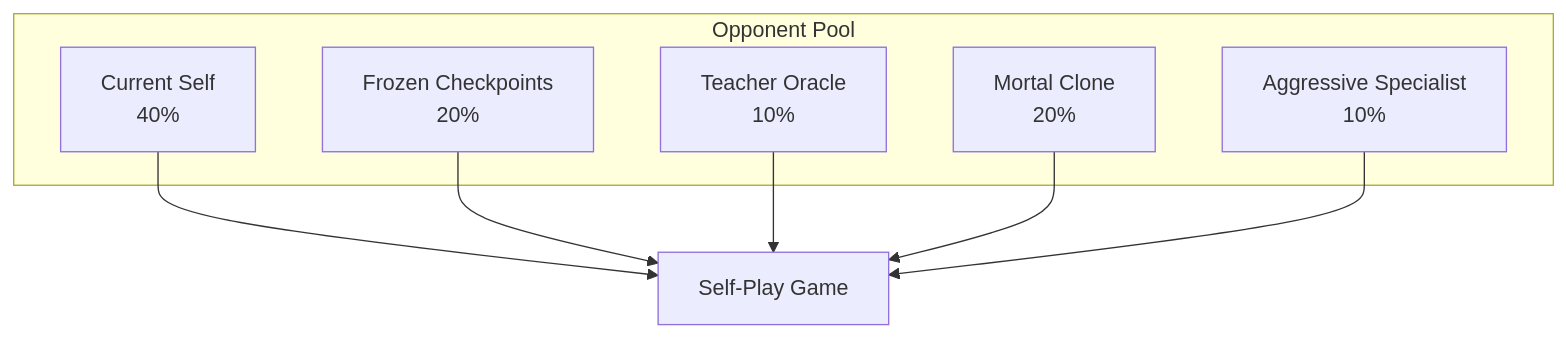
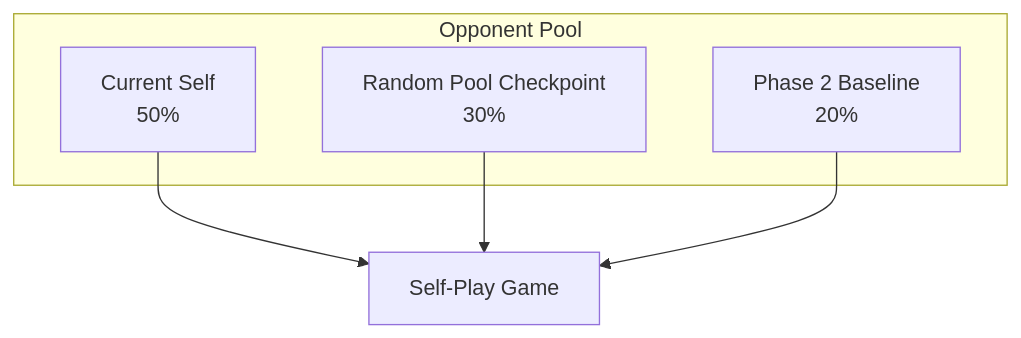
One commit to NikkeTryHard/hydra changed the eighth of 9 diagrams in research/HYDRA_SPEC.md. Above: the diagram before and after it, drawn with Mermaid. The commit also changed other lines of this file and 1 other file, not shown here.

Commit message:
docs: add checkpoint management section and fix opponent pool discrepancy
Adds comprehensive checkpoint management documentation to INFRASTRUCTURE.md
covering format, directory structure, naming conventions, atomic save protocol,
retention policies, opponent pool versioning, phase transition loading, and
integrity verification.

Fixes opponent pool weight discrepancy in HYDRA_SPEC.md to match
INFRASTRUCTURE.md's 50/30/20 split (was 40/20/10/20/10).

Closes #14

````diff
--- a/research/HYDRA_SPEC.md
+++ b/research/HYDRA_SPEC.md
@@ -648,16 +646,12 @@
 ```mermaid
 graph TB
     subgraph "Opponent Pool"
-        SELF["Current Self<br/>40%"]
-        FROZEN["Frozen Checkpoints<br/>20%"]
-        TEACHER["Teacher Oracle<br/>10%"]
-        MORTAL["Mortal Clone<br/>20%"]
-        AGGRO["Aggressive Specialist<br/>10%"]
+        SELF["Current Self<br/>50%"]
+        POOL["Random Pool Checkpoint<br/>30%"]
+        ANCHOR["Phase 2 Baseline<br/>20%"]
     end
 
     SELF --> GAME[Self-Play Game]
-    FROZEN --> GAME
-    TEACHER --> GAME
-    MORTAL --> GAME
-    AGGRO --> GAME
+    POOL --> GAME
+    ANCHOR --> GAME
 ```
````
